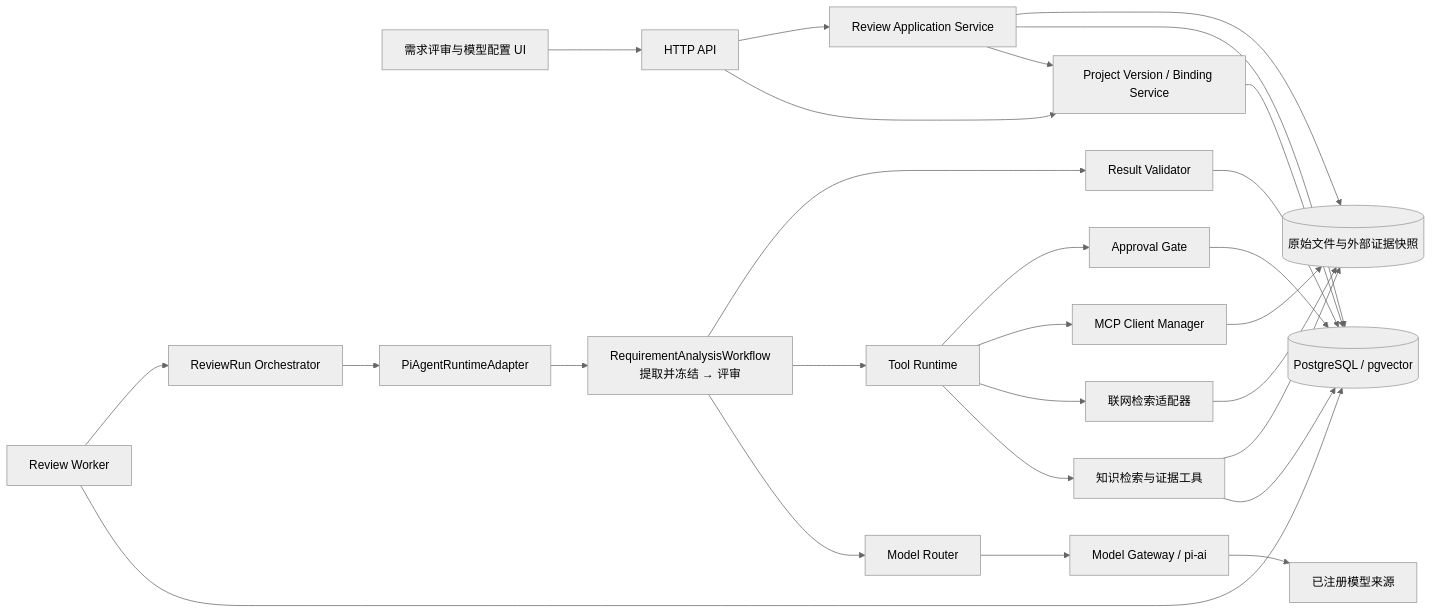
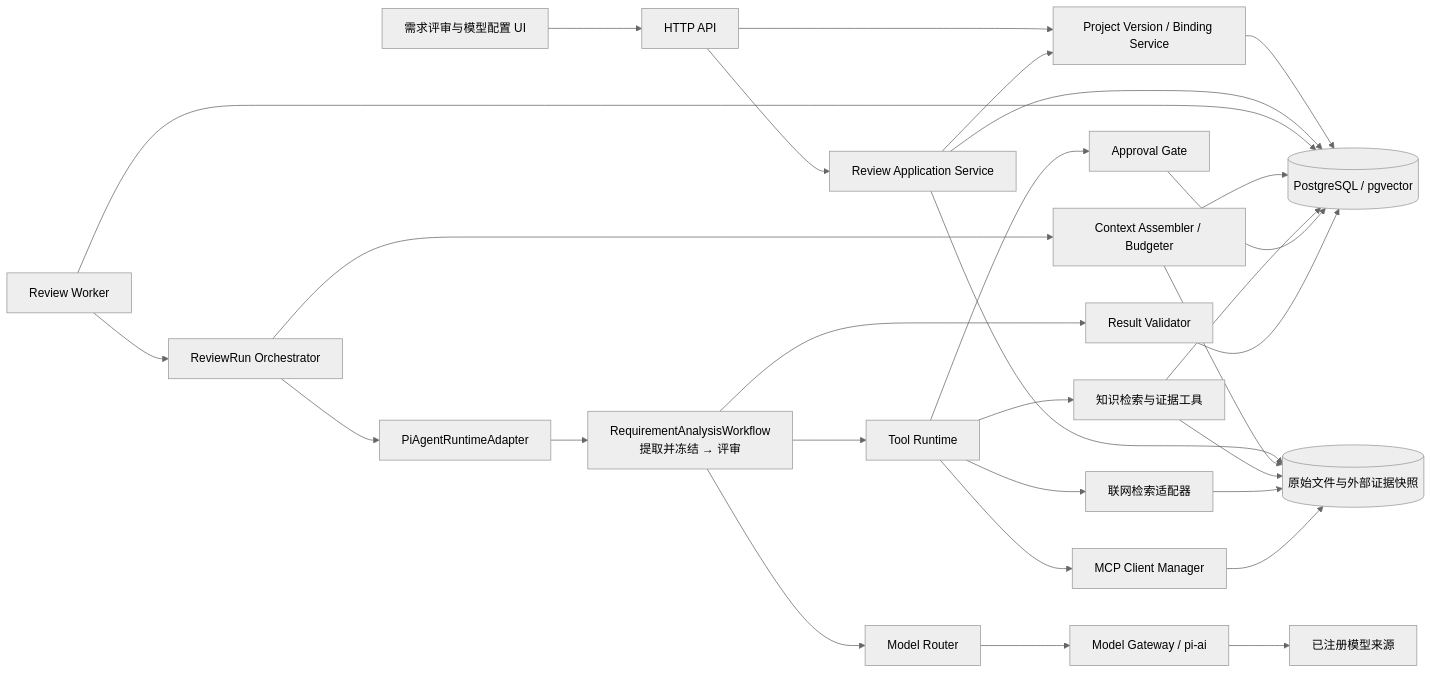
Before and after one commit to lishilei123/SmartHub: the first of 8 diagrams in 技术文档/第二期-需求评审与大模型配置技术文档.md, drawn with Mermaid (neutral theme). The commit also changed other lines of this file and 3 other files, not shown here.

````diff
--- a/技术文档/第二期-需求评审与大模型配置技术文档.md
+++ b/技术文档/第二期-需求评审与大模型配置技术文档.md
@@ -228,42 +252,45 @@
 ```mermaid
 flowchart LR
     UI[需求评审与模型配置 UI]
     API[HTTP API]
     PVS[Project Version / Binding Service]
     APP[Review Application Service]
     DB[(PostgreSQL / pgvector)]
     RAW[(原始文件与外部证据快照)]
     RW[Review Worker]
     ORCH[ReviewRun Orchestrator]
+    CONTEXT[Context Assembler / Budgeter]
     PI[PiAgentRuntimeAdapter]
     AGENT[RequirementAnalysisWorkflow\n提取并冻结 → 评审]
     ROUTER[Model Router]
     GATEWAY[Model Gateway / pi-ai]
     LLM[已注册模型来源]
     TR[Tool Runtime]
     KTOOL[知识检索与证据工具]
     WEB[联网检索适配器]
     MCP[MCP Client Manager]
     APPROVAL[Approval Gate]
     VALIDATOR[Result Validator]
 
     UI --> API
     API --> PVS --> DB
     API --> APP
     APP --> PVS
     APP --> DB
     APP --> RAW
     RW --> DB
     RW --> ORCH
+    ORCH --> CONTEXT --> DB
+    CONTEXT --> RAW
     ORCH --> PI --> AGENT
     AGENT --> ROUTER --> GATEWAY --> LLM
     AGENT --> TR
     TR --> KTOOL --> DB
     TR --> WEB
     TR --> MCP
     TR --> APPROVAL --> DB
     AGENT --> VALIDATOR --> DB
     KTOOL --> RAW
     WEB --> RAW
     MCP --> RAW
 ```
````
